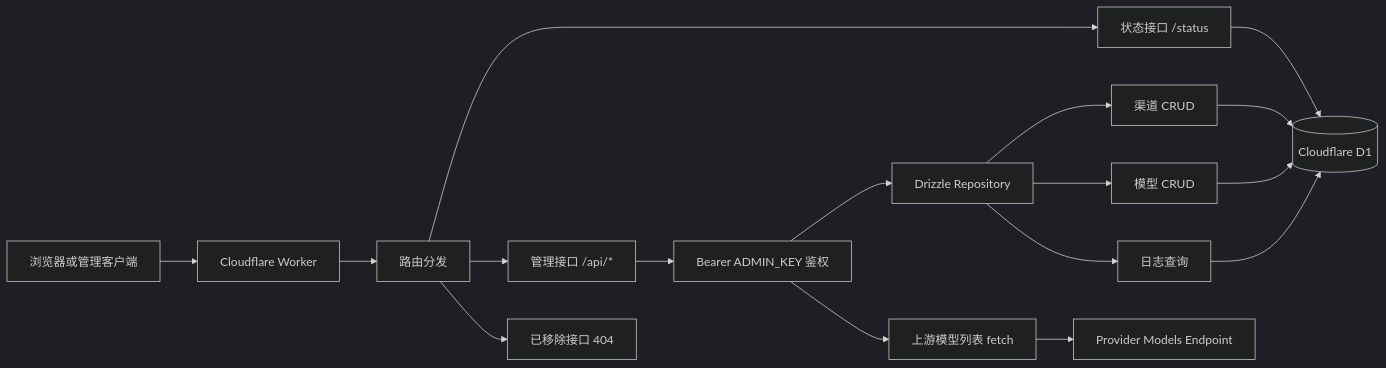
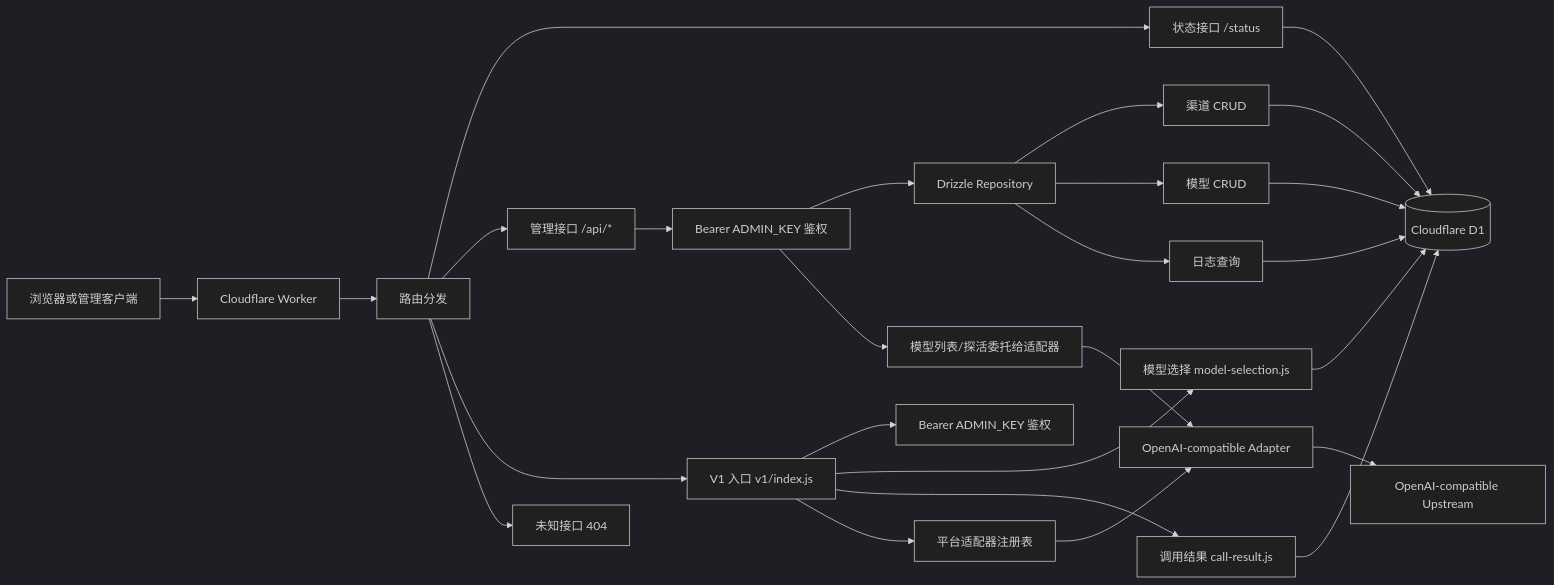
Before and after one commit to excing/open-ai-gateway: the second of 7 diagrams in DEVELOPMENT.md, drawn with Mermaid (dark theme). The commit also changed other lines of this file and 5 other files, not shown here.

Commit message:
重要 Update: 提供 `/v1/*` OpenAI-compatible 代理入口.  纯 http 实现, 未使用第三方类库, 采用适配器模式, openai 兼容接口以透传为主, 请求失败, 则回退下一个渠道, 需要注意的是, 流式请求成功就开始透传, 中间失败不会回退.

````diff
--- a/DEVELOPMENT.md
+++ b/DEVELOPMENT.md
@@ -60,19 +78,28 @@
 ```mermaid
 graph LR
     Client[浏览器或管理客户端] --> Worker[Cloudflare Worker]
     Worker --> Router[路由分发]
     Router --> Status[状态接口 /status]
     Router --> Admin[管理接口 /api/*]
-    Router --> Removed[已移除接口 404]
+    Router --> V1[V1 入口 v1/index.js]
+    Router --> NotFound[未知接口 404]
     Admin --> Auth[Bearer ADMIN_KEY 鉴权]
+    V1 --> V1Auth[Bearer ADMIN_KEY 鉴权]
+    V1 --> Selection[模型选择 model-selection.js]
+    V1 --> Result[调用结果 call-result.js]
+    V1 --> Registry[平台适配器注册表]
+    Registry --> OpenAICompat[OpenAI-compatible Adapter]
     Auth --> Repo[Drizzle Repository]
     Repo --> Channel[渠道 CRUD]
     Repo --> Model[模型 CRUD]
     Repo --> Logs[日志查询]
-    Auth --> Upstream[上游模型列表 fetch]
+    Auth --> Upstream[模型列表/探活委托给适配器]
     Channel --> D1[(Cloudflare D1)]
     Model --> D1
     Logs --> D1
     Status --> D1
-    Upstream --> Provider[Provider Models Endpoint]
+    Selection --> D1
+    Result --> D1
+    OpenAICompat --> Provider[OpenAI-compatible Upstream]
+    Upstream --> OpenAICompat
 ```
````
